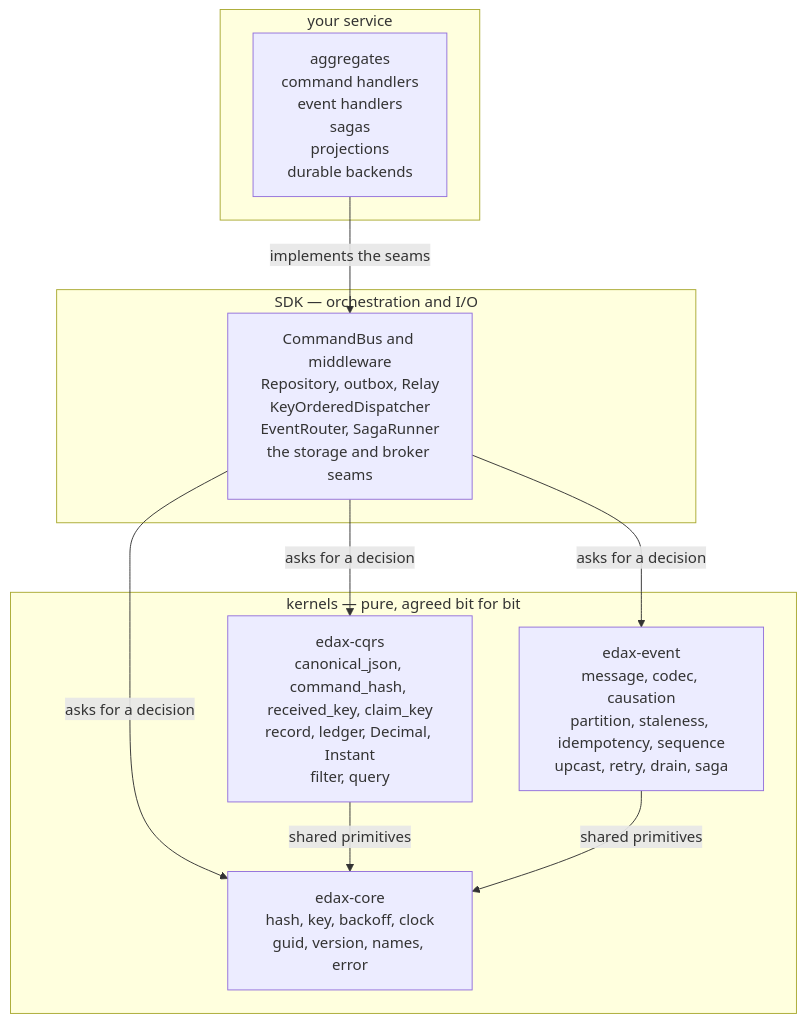
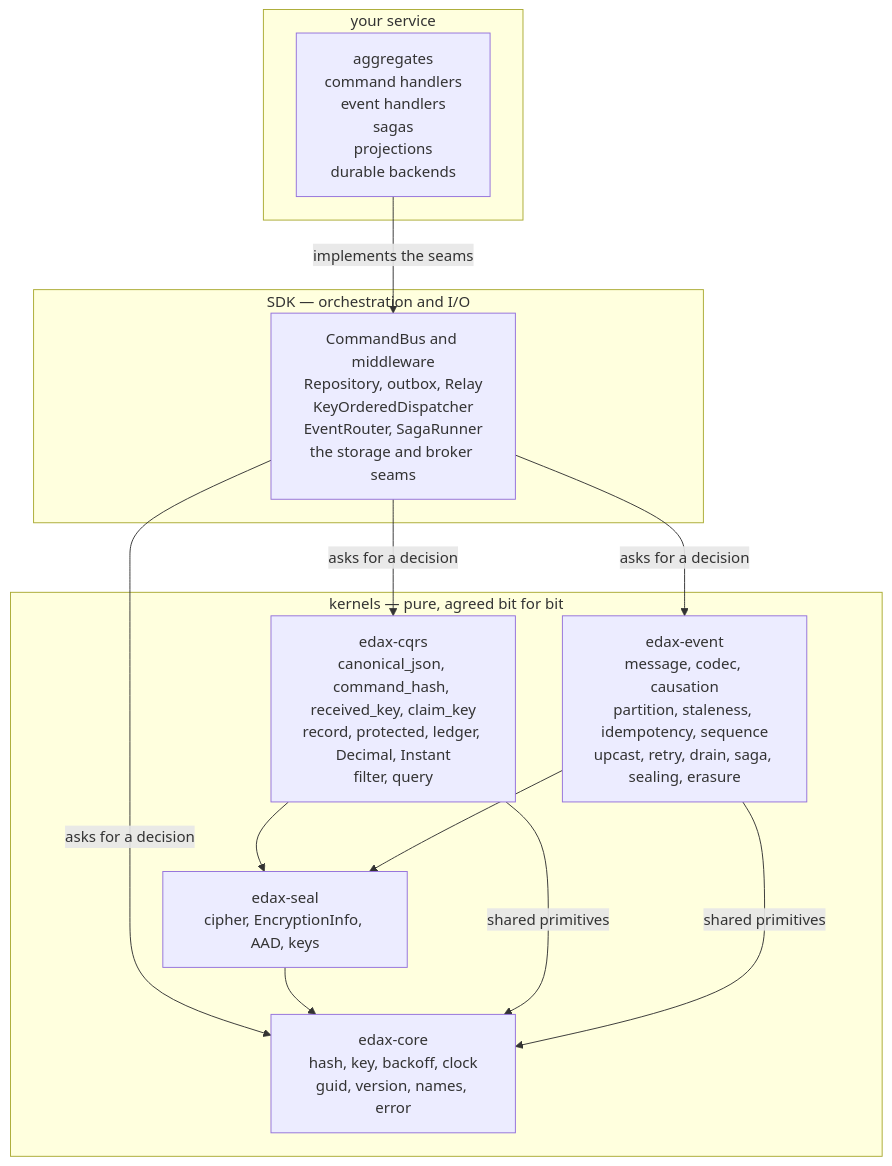
The first of 4 diagrams in docs/architecture.md (haskian/edax), drawn with Mermaid before and after one commit. The commit also changed other lines of this file and 24 other files, not shown here.

````diff
--- a/docs/architecture.md
+++ b/docs/architecture.md
@@ -9,23 +9,27 @@
 ```mermaid
 flowchart TB
     subgraph app["your service"]
         A["aggregates<br/>command handlers<br/>event handlers<br/>sagas<br/>projections<br/>durable backends"]
     end
 
     subgraph sdk["SDK — orchestration and I/O"]
         B["CommandBus and middleware<br/>Repository, outbox, Relay<br/>KeyOrderedDispatcher<br/>EventRouter, SagaRunner<br/>the storage and broker seams"]
     end
 
     subgraph kernels["kernels — pure, agreed bit for bit"]
-        C["edax-cqrs<br/>canonical_json, command_hash, received_key, claim_key<br/>record, ledger, Decimal, Instant<br/>filter, query"]
-        D["edax-event<br/>message, codec, causation<br/>partition, staleness, idempotency, sequence<br/>upcast, retry, drain, saga"]
+        C["edax-cqrs<br/>canonical_json, command_hash, received_key, claim_key<br/>record, protected, ledger, Decimal, Instant<br/>filter, query"]
+        D["edax-event<br/>message, codec, causation<br/>partition, staleness, idempotency, sequence<br/>upcast, retry, drain, saga, sealing, erasure"]
+        S["edax-seal<br/>cipher, EncryptionInfo, AAD, keys"]
         E["edax-core<br/>hash, key, backoff, clock<br/>guid, version, names, error"]
     end
 
     A -->|"implements the seams"| B
     B -->|"asks for a decision"| C
     B -->|"asks for a decision"| D
     B -->|"asks for a decision"| E
+    C --> S
+    D --> S
+    S --> E
     C -->|"shared primitives"| E
     D -->|"shared primitives"| E
 ```
````
